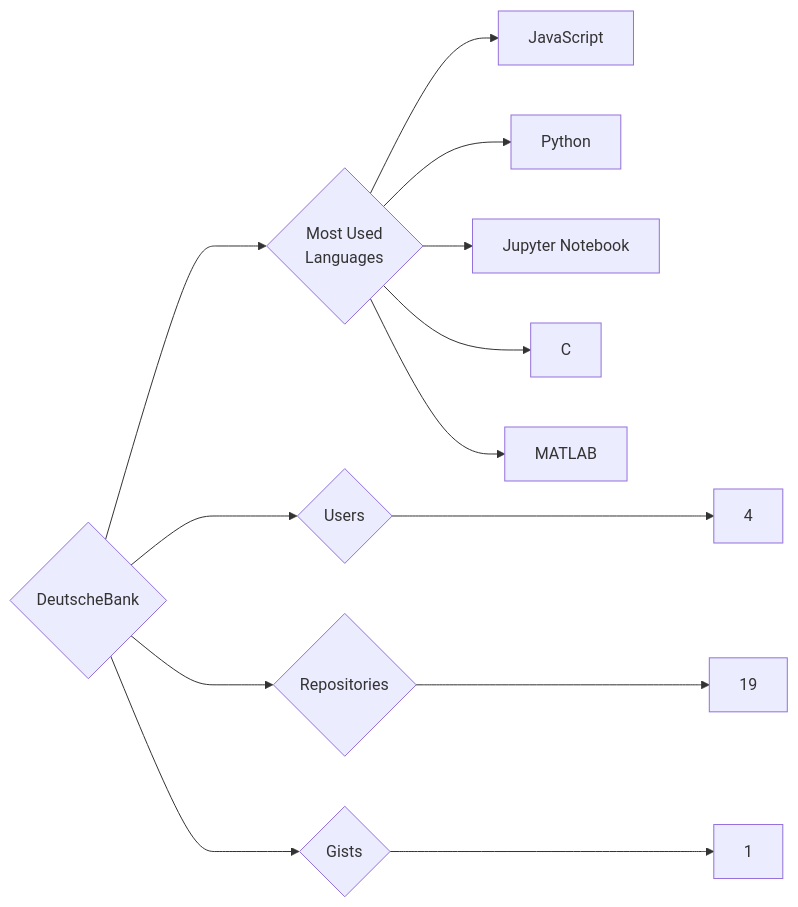
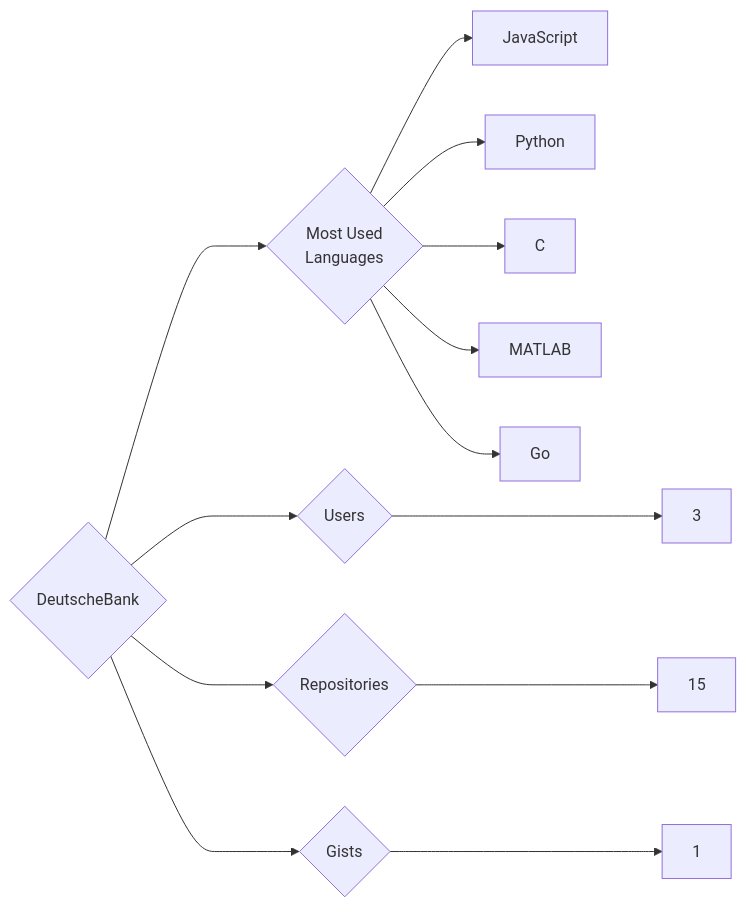
One commit to trickest/insiders changed the diagram in targets/DeutscheBank/README.md. Above: the diagram before and after it, drawn with Mermaid. The commit also changed 1092 other files, not shown here.

````diff
--- a/targets/DeutscheBank/README.md
+++ b/targets/DeutscheBank/README.md
@@ -3,13 +3,13 @@
 ```mermaid
 graph LR
 COMPANY_NAME{DeutscheBank}
-COMPANY_NAME ---> U{Users} ---> UN[4]
-COMPANY_NAME ---> R{Repositories} ---> RN[19]
+COMPANY_NAME ---> U{Users} ---> UN[3]
+COMPANY_NAME ---> R{Repositories} ---> RN[15]
 COMPANY_NAME ---> G{Gists} ---> GN[1]
 COMPANY_NAME ---> ML{Most Used<br>Languages}
 ML --> JavaScript[JavaScript]
 ML --> Python[Python]
-ML --> Jupyter_Notebook[Jupyter Notebook]
 ML --> C[C]
 ML --> MATLAB[MATLAB]
+ML --> Go[Go]
 ```
````
